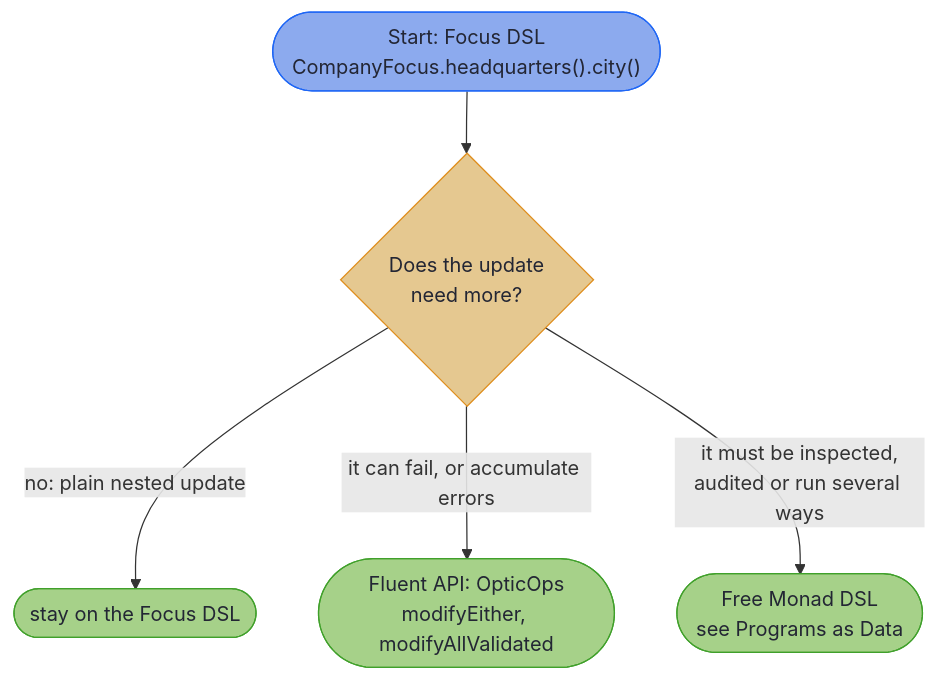
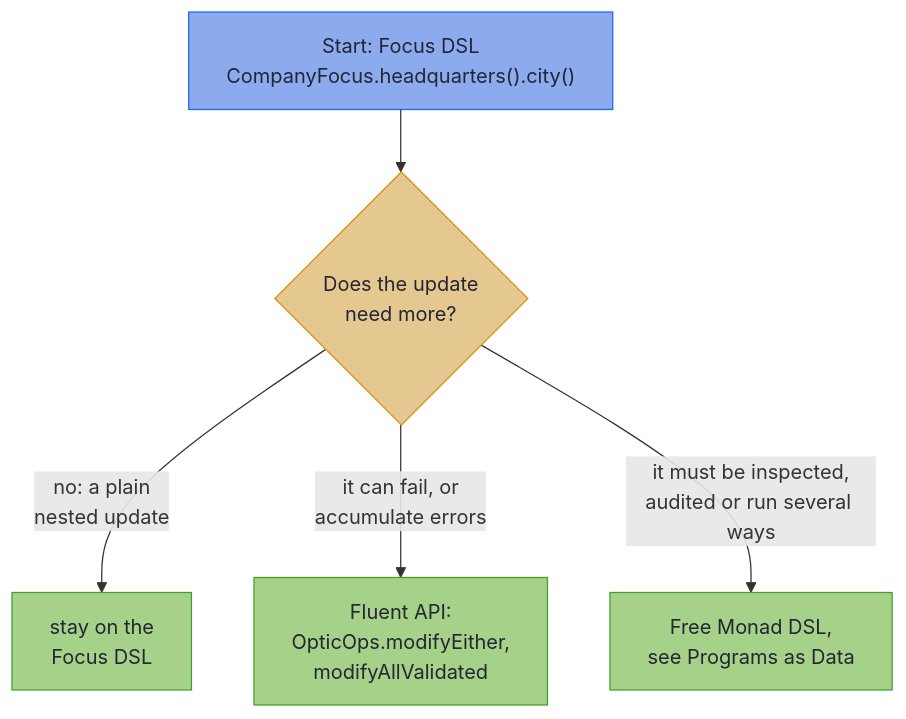
Before and after one commit to higher-kinded-j/higher-kinded-j.github.io: the second of 4 diagrams in latest/optics/decision_trees.md, drawn with Mermaid. The commit also changed other lines of this file and 55 other files, not shown here.

````diff
--- a/latest/optics/decision_trees.md
+++ b/latest/optics/decision_trees.md
@@ -53,16 +57,16 @@
 ```mermaid
 flowchart TD
     accTitle: Which API style?
     accDescr: Start on the Focus DSL and stay there for a plain nested update. An update that can fail or accumulate errors moves to the Fluent API's OpticOps. One that must be inspected, audited or run several ways moves to the Free Monad DSL.
-    S(["Start: Focus DSL<br/>CompanyFocus.headquarters().city()"]) --> Q{"Does the update<br/>need more?"}
-    Q -->|"no: plain nested update"| S2(["stay on the Focus DSL"])
-    Q -->|"it can fail, or accumulate errors"| FA(["Fluent API: OpticOps<br/>modifyEither, modifyAllValidated"])
-    Q -->|"it must be inspected,<br/>audited or run several ways"| FM(["Free Monad DSL<br/>see Programs as Data"])
+    S["Start: Focus DSL<br/>CompanyFocus.headquarters().city()"] --> Q{"Does the update<br/>need more?"}
+    Q -->|"no: a plain<br/>nested update"| S2["stay on the<br/>Focus DSL"]
+    Q -->|"it can fail, or<br/>accumulate errors"| FA["Fluent API:<br/>OpticOps.modifyEither,<br/>modifyAllValidated"]
+    Q -->|"it must be inspected,<br/>audited or run several ways"| FM["Free Monad DSL,<br/>see Programs as Data"]
 
     classDef decision fill:#e5c890,stroke:#df8e1d,color:#232634
     classDef tier fill:#a6d189,stroke:#40a02b,color:#232634
     classDef wire fill:#8caaee,stroke:#1e66f5,color:#232634
     class Q decision
     class S2,FA,FM tier
     class S wire
 ```
````
